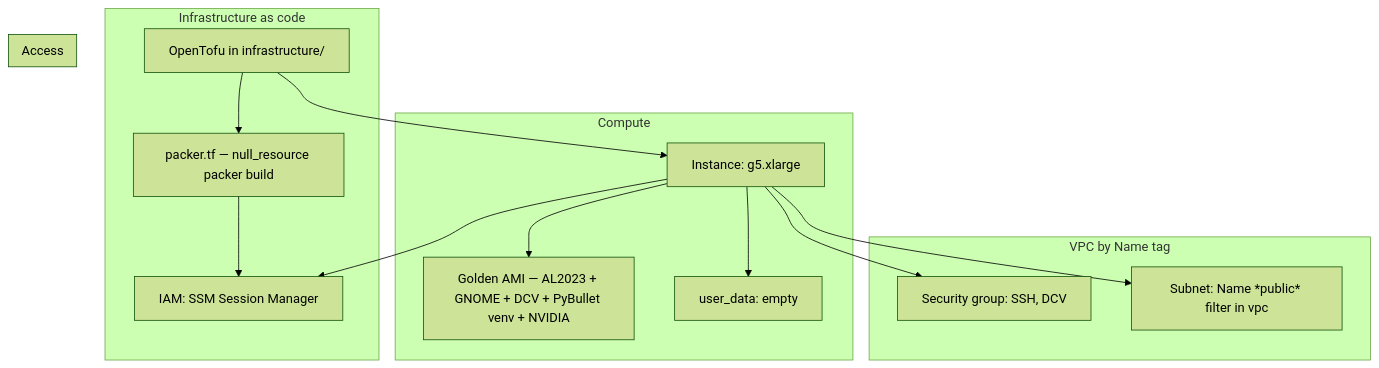
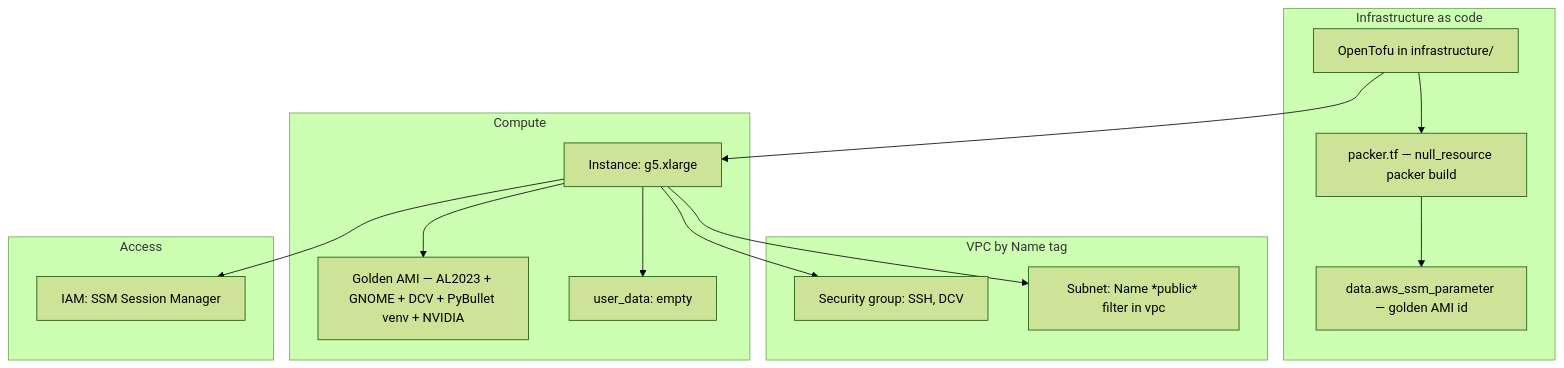
One commit to rubencg195/aws-pybullet-environment changed the second of 4 diagrams in README.md. Above: the diagram before and after it, drawn with Mermaid (forest theme).

Commit message:
Fix duplicate Mermaid node id in architecture (detailed) diagram

````diff
--- a/README.md
+++ b/README.md
@@ -26,28 +26,28 @@
 ```mermaid
 flowchart TB
   subgraph iac["Infrastructure as code"]
     OT["OpenTofu in infrastructure/"]
     PK["packer.tf — null_resource packer build"]
-    SSM["data.aws_ssm_parameter — golden AMI id"]
+    SSMPARAM["data.aws_ssm_parameter — golden AMI id"]
   end
   subgraph net["VPC by Name tag"]
     SG["Security group: SSH, DCV"]
     SN["Subnet: Name *public* filter in vpc"]
   end
   subgraph compute["Compute"]
     GOLD["Golden AMI — AL2023 + GNOME + DCV + PyBullet venv + NVIDIA"]
     G5["Instance: g5.xlarge"]
     UD["user_data: empty"]
   end
   subgraph access["Access"]
-    SSM["IAM: SSM Session Manager"]
+    SSMIAM["IAM: SSM Session Manager"]
   end
   OT --> PK
-  PK --> SSM
+  PK --> SSMPARAM
   OT --> G5
   G5 --> GOLD
   G5 --> SG
   G5 --> SN
   G5 --> UD
-  G5 --> SSM
+  G5 --> SSMIAM
 ```
````
